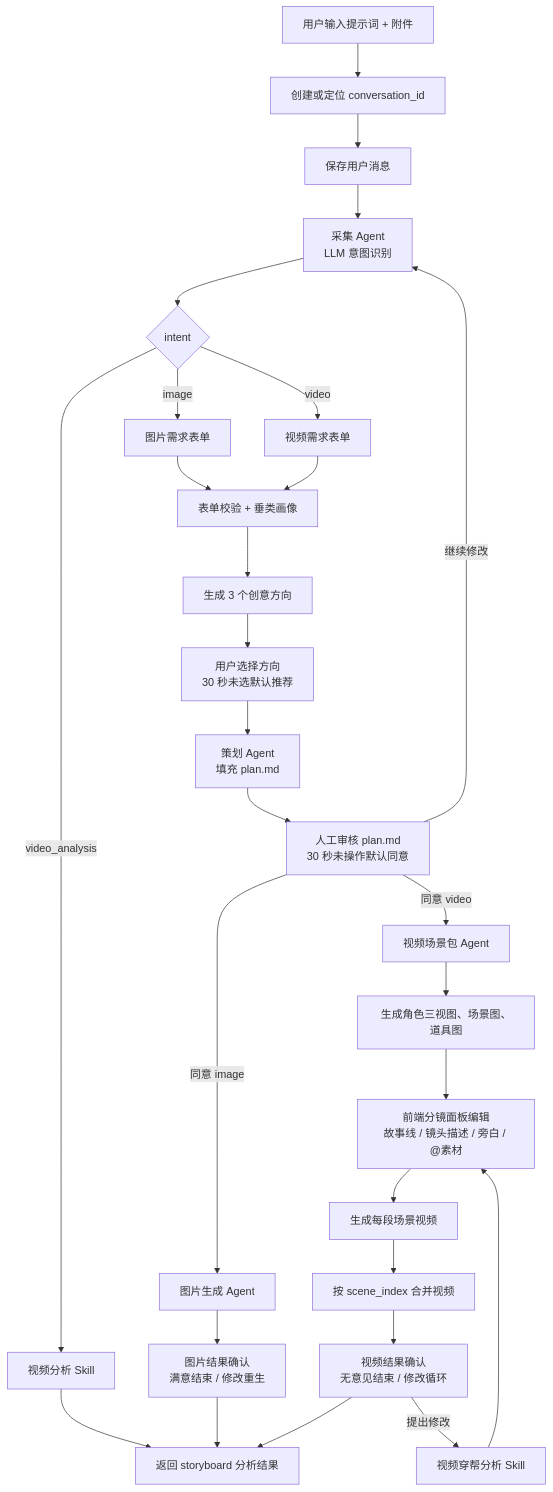
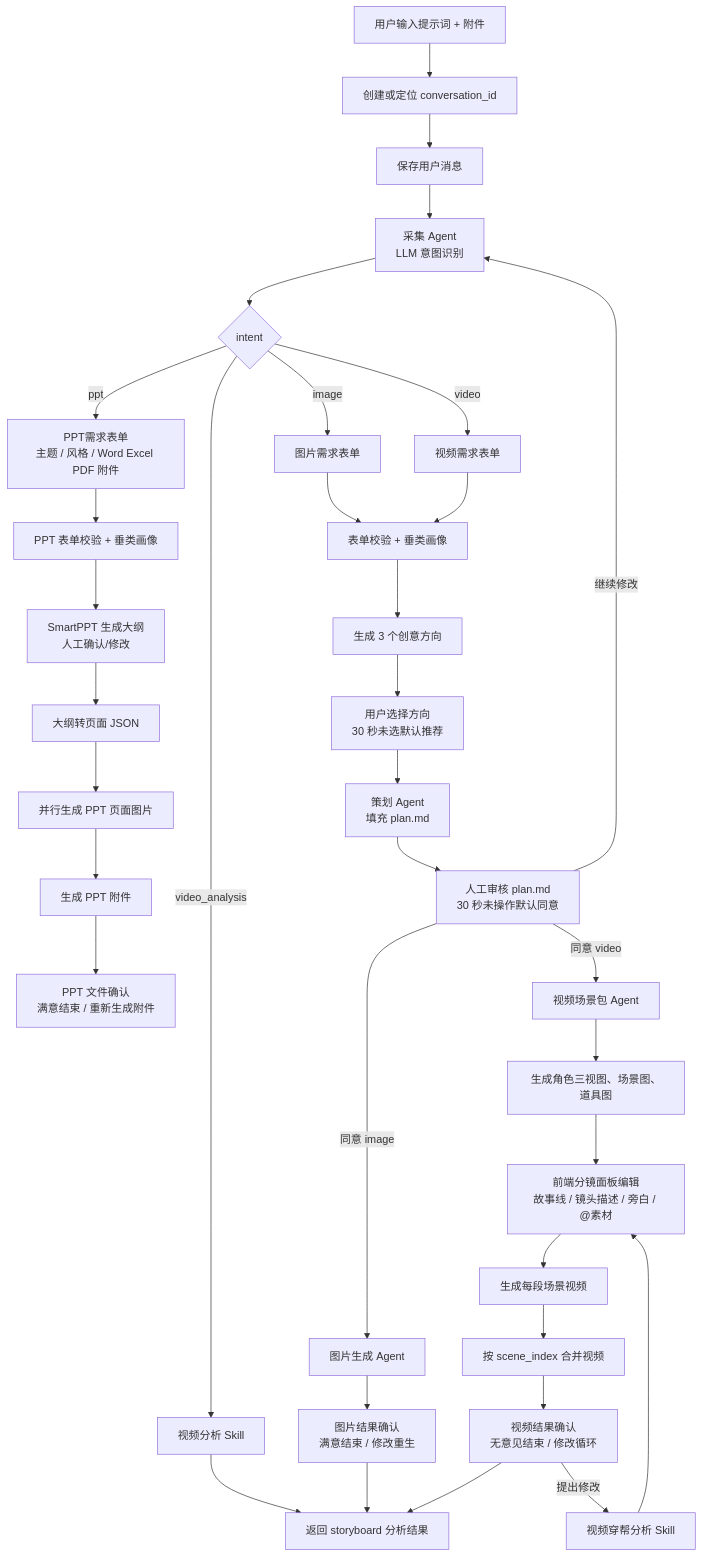
One commit to joyslxd/pixelflow changed the second of 7 diagrams in docs/pixelflow-agent-skill-flow-latest-design.md. Above: the diagram before and after it, drawn with Mermaid. The commit also changed other lines of this file and 28 other files, not shown here.

First line of the commit message:
feat(ppt): 接入 SmartPPT 异步制作流程

````diff
--- a/docs/pixelflow-agent-skill-flow-latest-design.md
+++ b/docs/pixelflow-agent-skill-flow-latest-design.md
@@ -45,30 +45,37 @@
 ```mermaid
 flowchart TD
   A["用户输入提示词 + 附件"] --> B["创建或定位 conversation_id"]
   B --> C["保存用户消息"]
   C --> D["采集 Agent<br/>LLM 意图识别"]
   D --> E{"intent"}
   E -->|"video_analysis"| VA["视频分析 Skill"]
   E -->|"image"| IF["图片需求表单"]
   E -->|"video"| VF["视频需求表单"]
+  E -->|"ppt"| PF["PPT需求表单<br/>主题 / 风格 / Word Excel PDF 附件"]
   IF --> IV["表单校验 + 垂类画像"]
   VF --> IV
+  PF --> PIV["PPT 表单校验 + 垂类画像"]
+  PIV --> PSUM["SmartPPT 生成大纲<br/>人工确认/修改"]
+  PSUM --> PJSON["大纲转页面 JSON"]
+  PJSON --> PIMG["并行生成 PPT 页面图片"]
+  PIMG --> PFILE["生成 PPT 附件"]
+  PFILE --> PDONE["PPT 文件确认<br/>满意结束 / 重新生成附件"]
   IV --> DIR["生成 3 个创意方向"]
   DIR --> CHOOSE["用户选择方向<br/>30 秒未选默认推荐"]
   CHOOSE --> PLAN["策划 Agent<br/>填充 plan.md"]
   PLAN --> REVIEW["人工审核 plan.md<br/>30 秒未操作默认同意"]
   REVIEW -->|"继续修改"| D
   REVIEW -->|"同意 image"| IMG["图片生成 Agent"]
   REVIEW -->|"同意 video"| VP["视频场景包 Agent"]
   IMG --> IR["图片结果确认<br/>满意结束 / 修改重生"]
   VP --> SA["生成角色三视图、场景图、道具图"]
   SA --> SB["前端分镜面板编辑<br/>故事线 / 镜头描述 / 旁白 / @素材"]
   SB --> SV["生成每段场景视频"]
   SV --> MERGE["按 scene_index 合并视频"]
   MERGE --> VR["视频结果确认<br/>无意见结束 / 修改循环"]
   VR -->|"提出修改"| FLAW["视频穿帮分析 Skill"]
   FLAW --> SB
   VA --> DONE["返回 storyboard 分析结果"]
   IR --> DONE
   VR --> DONE
 ```
````
